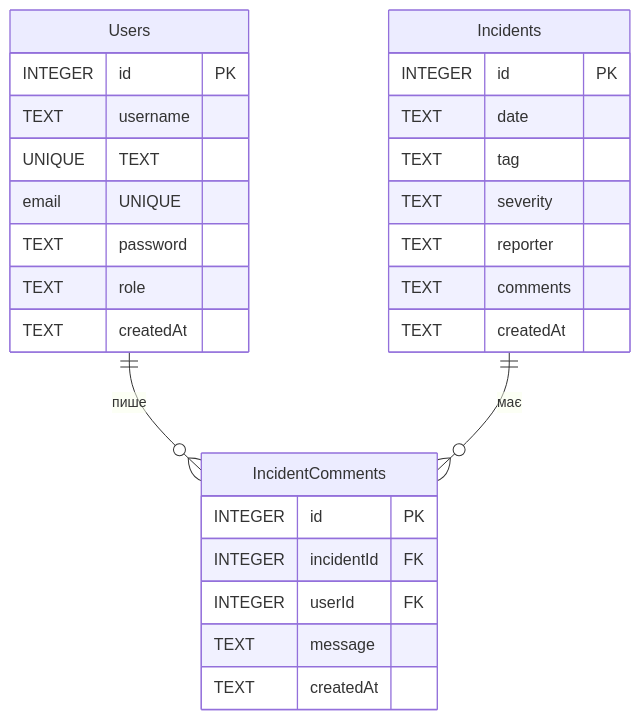
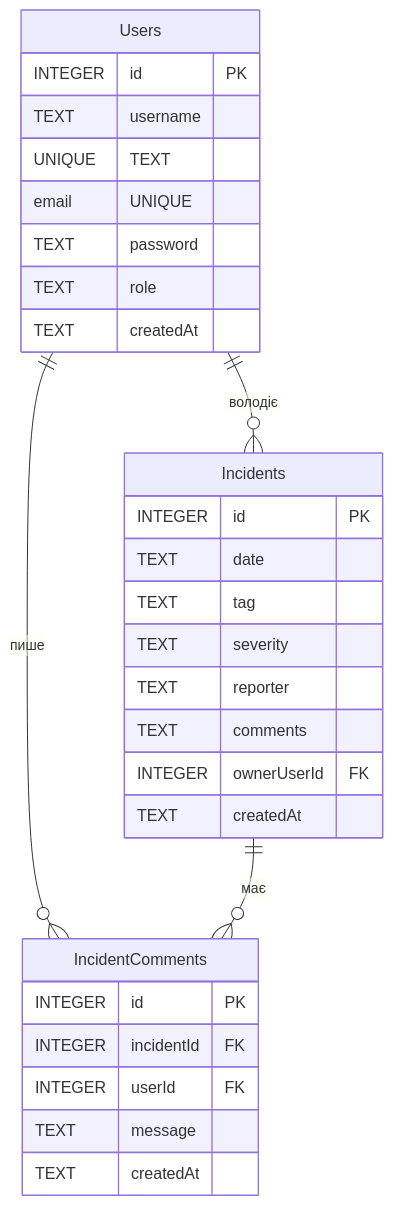
The diagram in backend/README.md (Qurzec/cyber-incident-tracker), drawn with Mermaid before and after one commit. The commit also changed other lines of this file and 31 other files, not shown here.

````diff
--- a/backend/README.md
+++ b/backend/README.md
@@ -17,32 +17,34 @@
 ```mermaid
 erDiagram
     Users ||--o{ IncidentComments : "пише"
     Incidents ||--o{ IncidentComments : "має"
+    Users ||--o{ Incidents : "володіє"
 
     Users {
         INTEGER id PK
         TEXT username UNIQUE
         TEXT email UNIQUE
         TEXT password
         TEXT role
         TEXT createdAt
     }
 
     Incidents {
         INTEGER id PK
         TEXT date
         TEXT tag
         TEXT severity
         TEXT reporter
         TEXT comments
+        INTEGER ownerUserId FK
         TEXT createdAt
     }
 
     IncidentComments {
         INTEGER id PK
         INTEGER incidentId FK
         INTEGER userId FK
         TEXT message
         TEXT createdAt
     }
 ```
````
